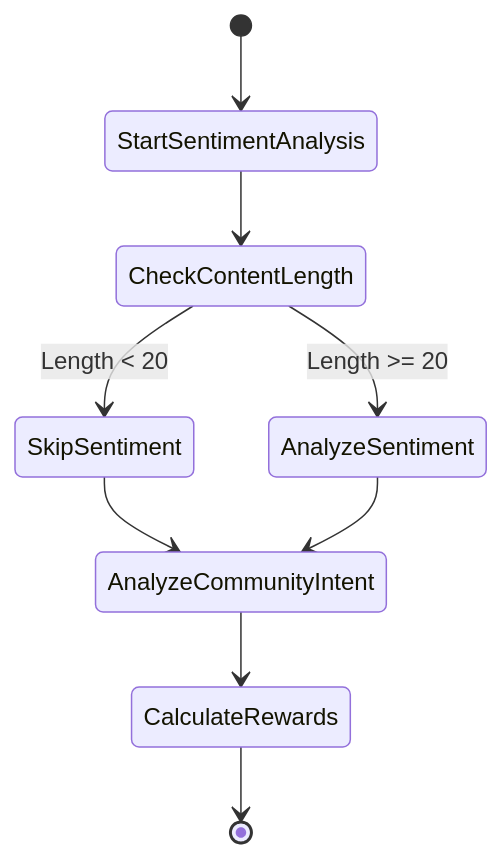
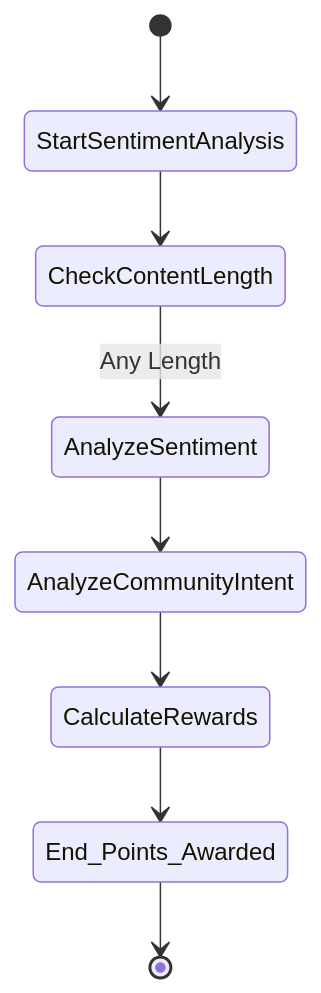
Before and after one commit to katjpg/bloom-ai-dashboard: the second of 2 diagrams in backend/README.md, drawn with Mermaid. The commit also changed other lines of this file, not shown here.

````diff
--- a/backend/README.md
+++ b/backend/README.md
@@ -80,12 +89,10 @@
 ```mermaid
 stateDiagram-v2
     [*] --> StartSentimentAnalysis
     StartSentimentAnalysis --> CheckContentLength
-    CheckContentLength --> SkipSentiment: Length < 20
-    CheckContentLength --> AnalyzeSentiment: Length >= 20
-    SkipSentiment --> AnalyzeCommunityIntent
+    CheckContentLength --> AnalyzeSentiment: Any Length
     AnalyzeSentiment --> AnalyzeCommunityIntent
     AnalyzeCommunityIntent --> CalculateRewards
-    CalculateRewards --> [*]
-
+    CalculateRewards --> End_Points_Awarded
+    End_Points_Awarded --> [*]
 ```
````
